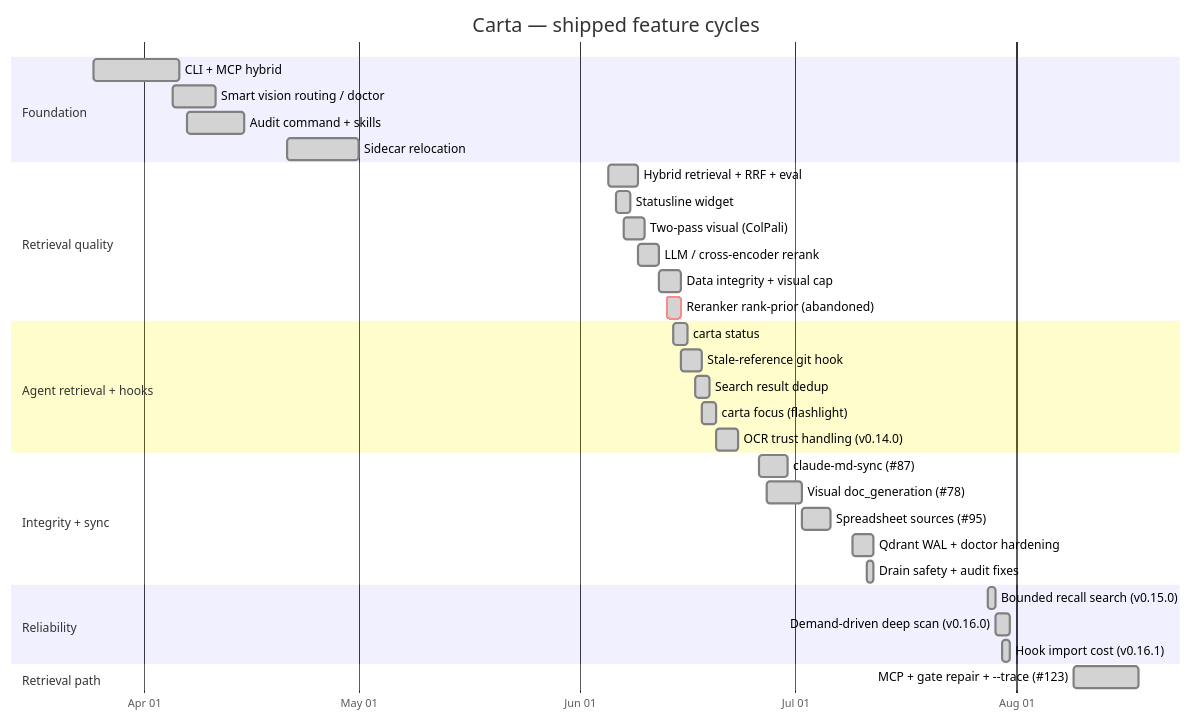
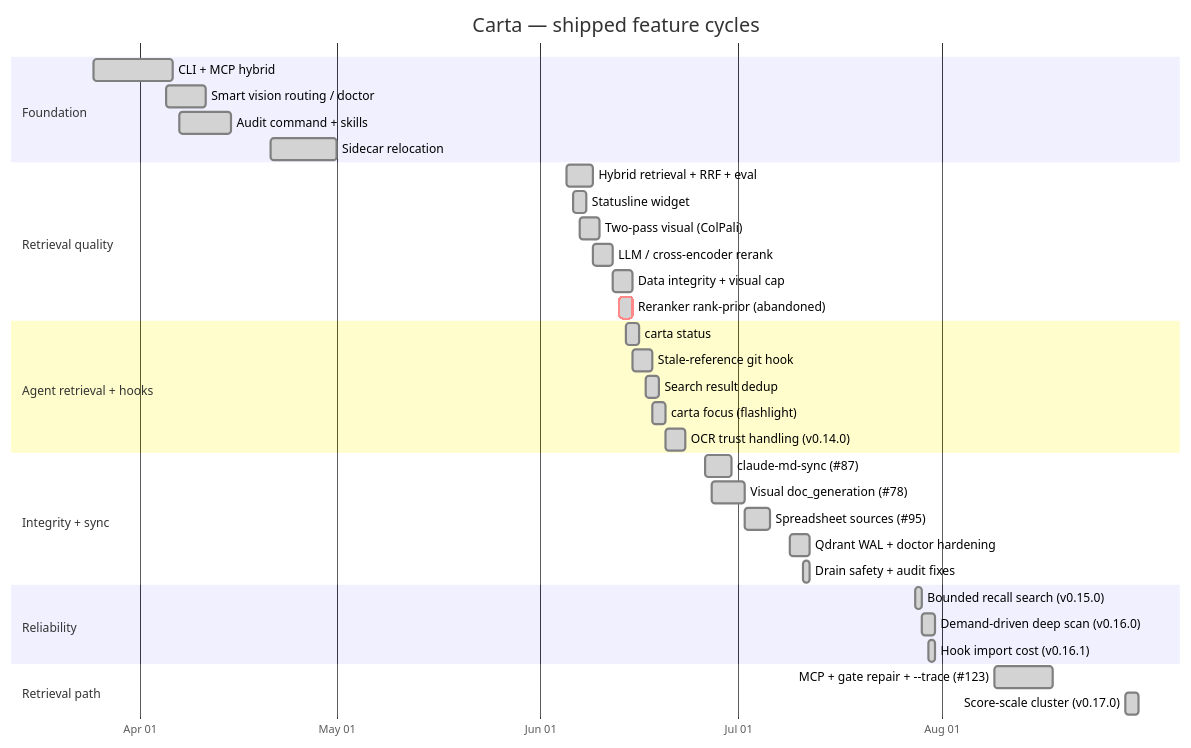
One commit to Ian-q/Carta changed the second of 2 diagrams in docs/ROADMAP.md. Above: the diagram before and after it, drawn with Mermaid. The commit also changed other lines of this file, not shown here.

First line of the commit message:
docs: ROADMAP release line + arc for 0.17.0

````diff
--- a/docs/ROADMAP.md
+++ b/docs/ROADMAP.md
@@ -97,36 +97,37 @@
 ```mermaid
 gantt
     title Carta — shipped feature cycles
     dateFormat YYYY-MM-DD
     axisFormat %b %d
     section Foundation
     CLI + MCP hybrid                :done, 2026-03-25, 12d
     Smart vision routing / doctor   :done, 2026-04-05, 6d
     Audit command + skills          :done, 2026-04-07, 8d
     Sidecar relocation              :done, 2026-04-21, 10d
     section Retrieval quality
     Hybrid retrieval + RRF + eval   :done, 2026-06-05, 4d
     Statusline widget               :done, 2026-06-06, 2d
     Two-pass visual (ColPali)       :done, 2026-06-07, 3d
     LLM / cross-encoder rerank      :done, 2026-06-09, 3d
     Data integrity + visual cap     :done, 2026-06-12, 3d
     Reranker rank-prior (abandoned) :crit, done, 2026-06-13, 2d
     section Agent retrieval + hooks
     carta status                    :done, 2026-06-14, 2d
     Stale-reference git hook        :done, 2026-06-15, 3d
     Search result dedup             :done, 2026-06-17, 2d
     carta focus (flashlight)        :done, 2026-06-18, 2d
     OCR trust handling (v0.14.0)    :done, 2026-06-20, 3d
     section Integrity + sync
     claude-md-sync (#87)            :done, 2026-06-26, 4d
     Visual doc_generation (#78)     :done, 2026-06-27, 5d
     Spreadsheet sources (#95)       :done, 2026-07-02, 4d
     Qdrant WAL + doctor hardening   :done, 2026-07-09, 3d
     Drain safety + audit fixes      :done, 2026-07-11, 1d
     section Reliability
     Bounded recall search (v0.15.0) :done, 2026-07-28, 1d
     Demand-driven deep scan (v0.16.0) :done, 2026-07-29, 2d
     Hook import cost (v0.16.1)      :done, 2026-07-30, 1d
     section Retrieval path
     MCP + gate repair + --trace (#123) :done, 2026-08-09, 9d
+    Score-scale cluster (v0.17.0)     :done, 2026-08-29, 2d
 ```
````
